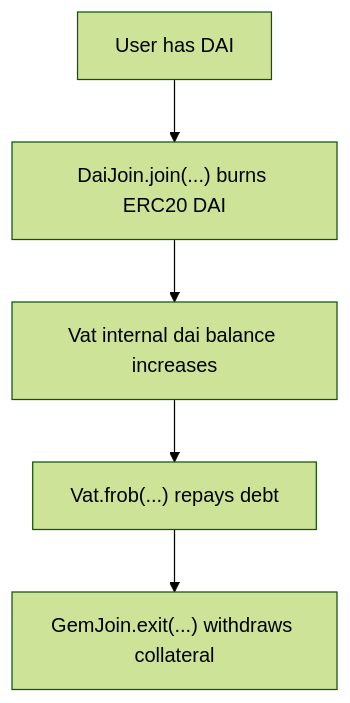
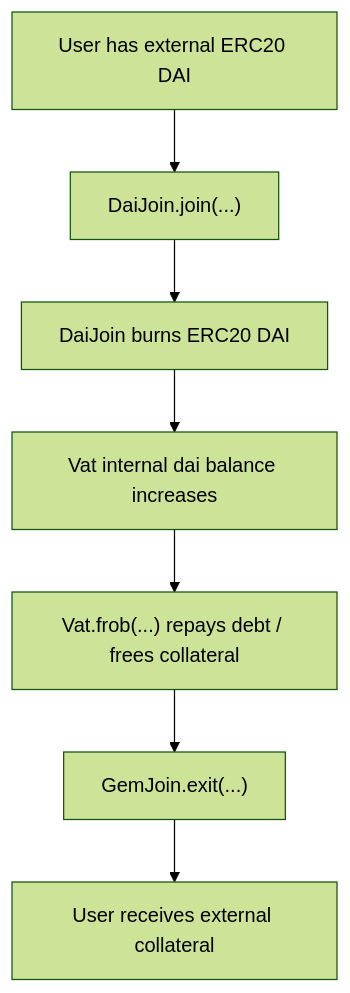
Before and after one commit to Keedz1Off/Keedz1Off-sky-dai-fork-local-review: the fourth of 7 diagrams in README.md, drawn with Mermaid (forest theme). The commit also changed other lines of this file and 1 other file, not shown here.

Commit message:
Correct DSS core flow overview

````diff
--- a/README.md
+++ b/README.md
@@ -39,7 +65,9 @@
 ```mermaid
 flowchart TD
-    A["User has DAI"] --> B["DaiJoin.join(...) burns ERC20 DAI"]
-    B --> C["Vat internal dai balance increases"]
-    C --> D["Vat.frob(...) repays debt"]
-    D --> E["GemJoin.exit(...) withdraws collateral"]
+    A["User has external ERC20 DAI"] --> B["DaiJoin.join(...)"]
+    B --> C["DaiJoin burns ERC20 DAI"]
+    C --> D["Vat internal dai balance increases"]
+    D --> E["Vat.frob(...) repays debt / frees collateral"]
+    E --> F["GemJoin.exit(...)"]
+    F --> G["User receives external collateral"]
 ```
````
